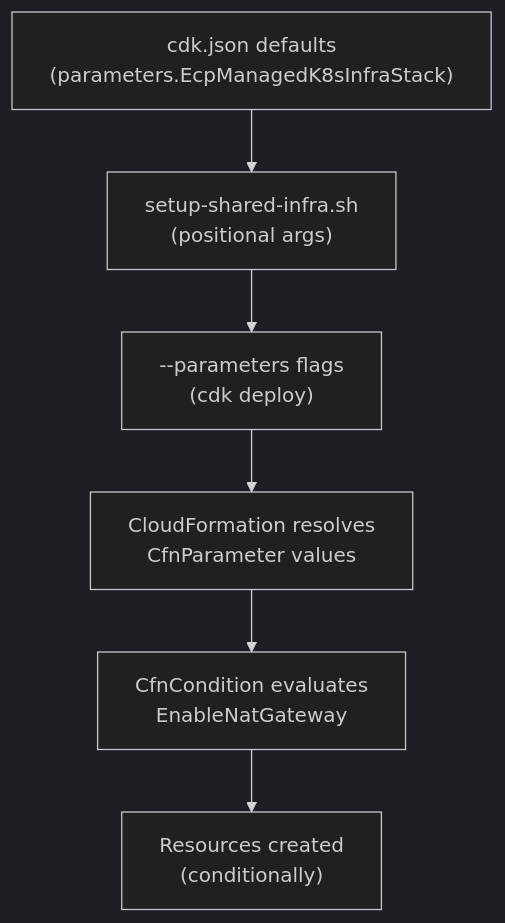
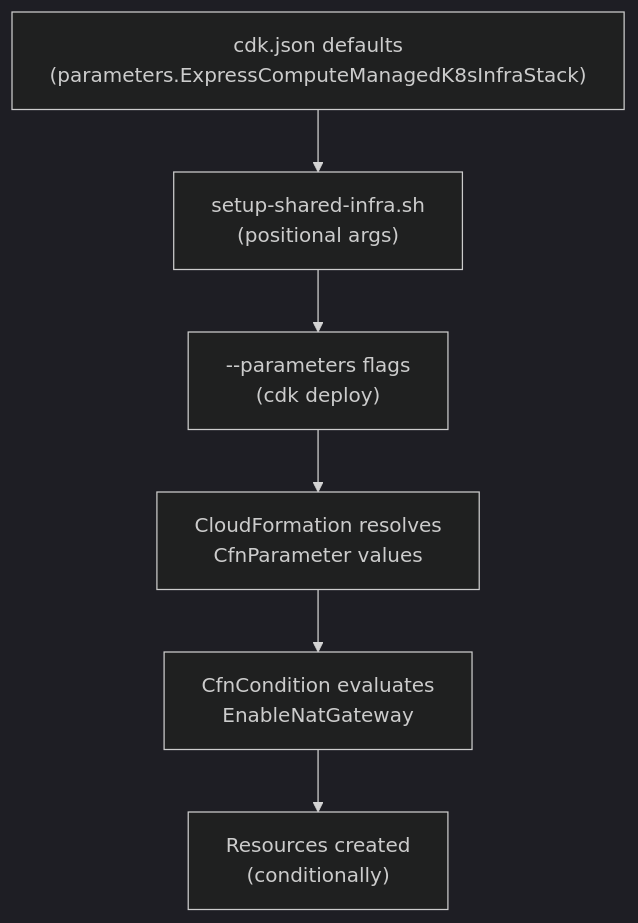
Before and after one commit to codriverlabs/express-compute-managed-k8s-infra: the fifth of 5 diagrams in .agents/summary/workflows.md, drawn with Mermaid (dark theme). The commit also changed other lines of this file and 14 other files, not shown here.

Commit message:
Rename EcpManagedK8sInfraStack to ExpressComputeManagedK8sInfraStack

````diff
--- a/.agents/summary/workflows.md
+++ b/.agents/summary/workflows.md
@@ -86,15 +86,15 @@
 ```mermaid
 graph TD
-    DEFAULTS["cdk.json defaults<br/>(parameters.EcpManagedK8sInfraStack)"]
+    DEFAULTS["cdk.json defaults<br/>(parameters.ExpressComputeManagedK8sInfraStack)"]
     SCRIPT["setup-shared-infra.sh<br/>(positional args)"]
     PARAMS["--parameters flags<br/>(cdk deploy)"]
     CFN["CloudFormation resolves<br/>CfnParameter values"]
     COND["CfnCondition evaluates<br/>EnableNatGateway"]
     RESOURCES["Resources created<br/>(conditionally)"]
 
     DEFAULTS --> SCRIPT
     SCRIPT --> PARAMS
     PARAMS --> CFN
     CFN --> COND
     COND --> RESOURCES
 ```
````
